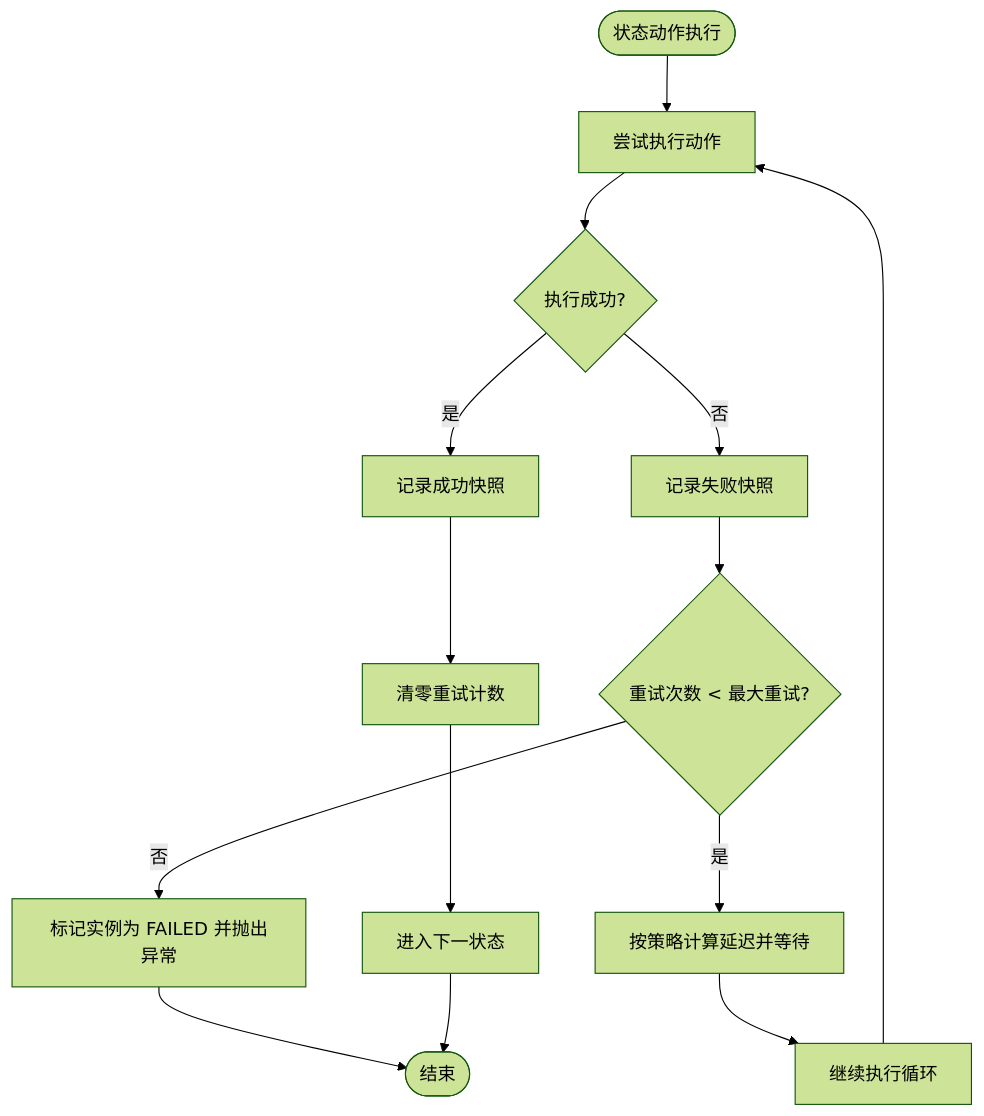
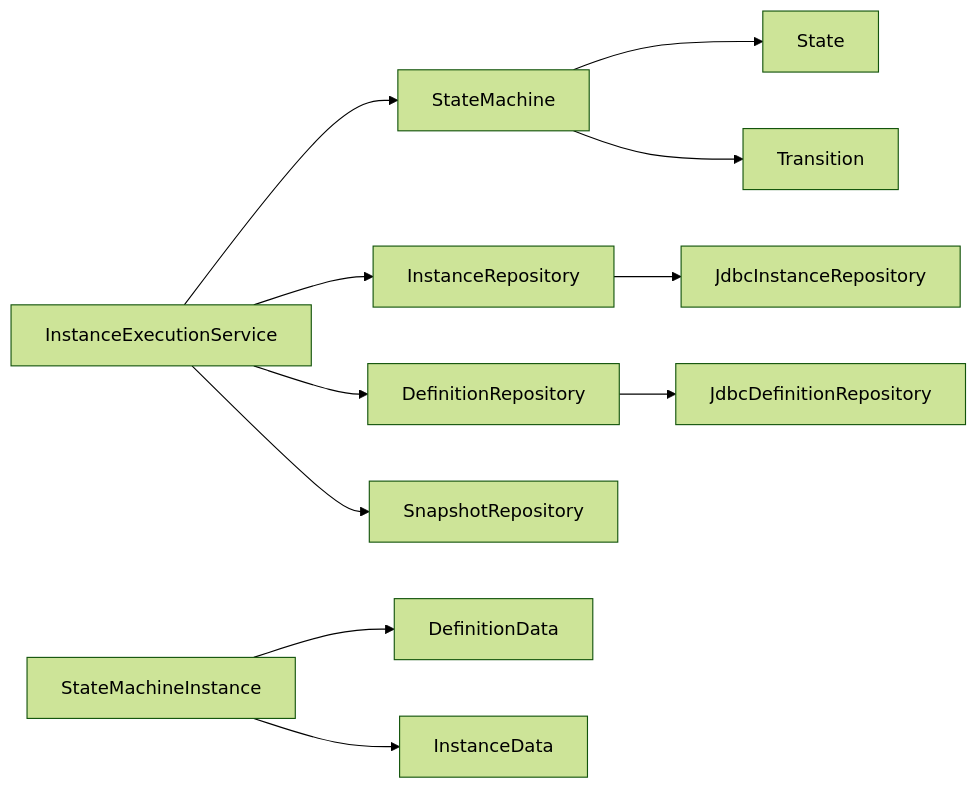
The seventh of 7 diagrams in .qoder/repowiki/zh/content/核心概念/核心概念.md (xiaoche80s-tech/state-machine-parent), drawn with Mermaid (forest theme) before and after one commit. The commit also changed other lines of this file and 97 other files, not shown here.

````diff
--- a/.qoder/repowiki/zh/content/核心概念/核心概念.md
+++ b/.qoder/repowiki/zh/content/核心概念/核心概念.md
@@ -275,16 +363,13 @@
 ```mermaid
-flowchart TD
-Enter(["状态动作执行"]) --> TryExec["尝试执行动作"]
-TryExec --> Ok{"执行成功?"}
-Ok --> |是| SnapOk["记录成功快照"]
-SnapOk --> ClearRetry["清零重试计数"]
-Ok --> |否| SnapFail["记录失败快照"]
-SnapFail --> CheckMax{"重试次数 < 最大重试?"}
-CheckMax --> |是| Delay["按策略计算延迟并等待"]
-Delay --> Continue["继续执行循环"]
-CheckMax --> |否| MarkFail["标记实例为 FAILED 并抛出异常"]
-ClearRetry --> Next["进入下一状态"]
-Continue --> TryExec
-MarkFail --> End(["结束"])
-Next --> End
+graph LR
+Svc["InstanceExecutionService"] --> SM["StateMachine"]
+Svc --> RepoInst["InstanceRepository"]
+Svc --> RepoDef["DefinitionRepository"]
+Svc --> SnapRepo["SnapshotRepository"]
+RepoInst --> ImplInst["JdbcInstanceRepository"]
+RepoDef --> ImplDef["JdbcDefinitionRepository"]
+SM --> StateNode["State"]
+SM --> TransEdge["Transition"]
+InstAgg["StateMachineInstance"] --> DefData["DefinitionData"]
+InstAgg --> InstData["InstanceData"]
 ```
````
